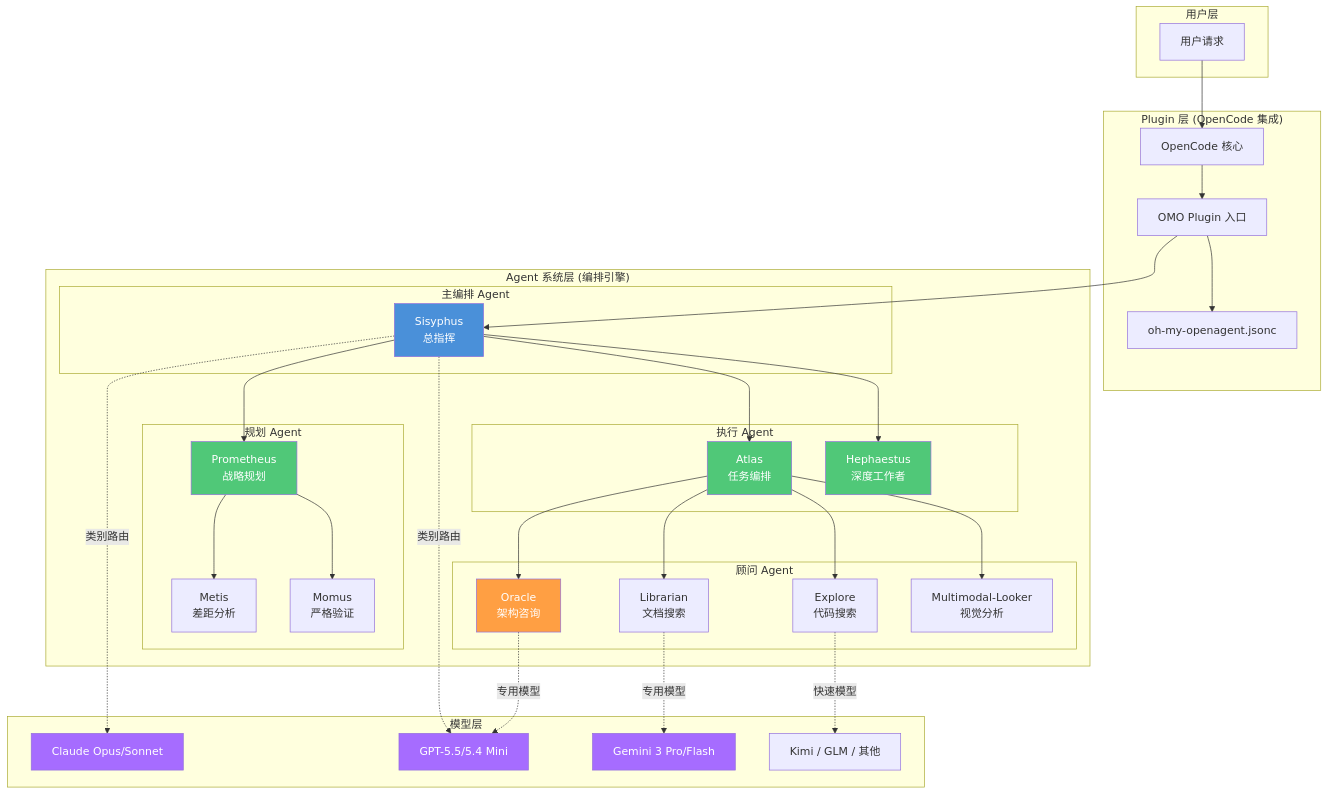
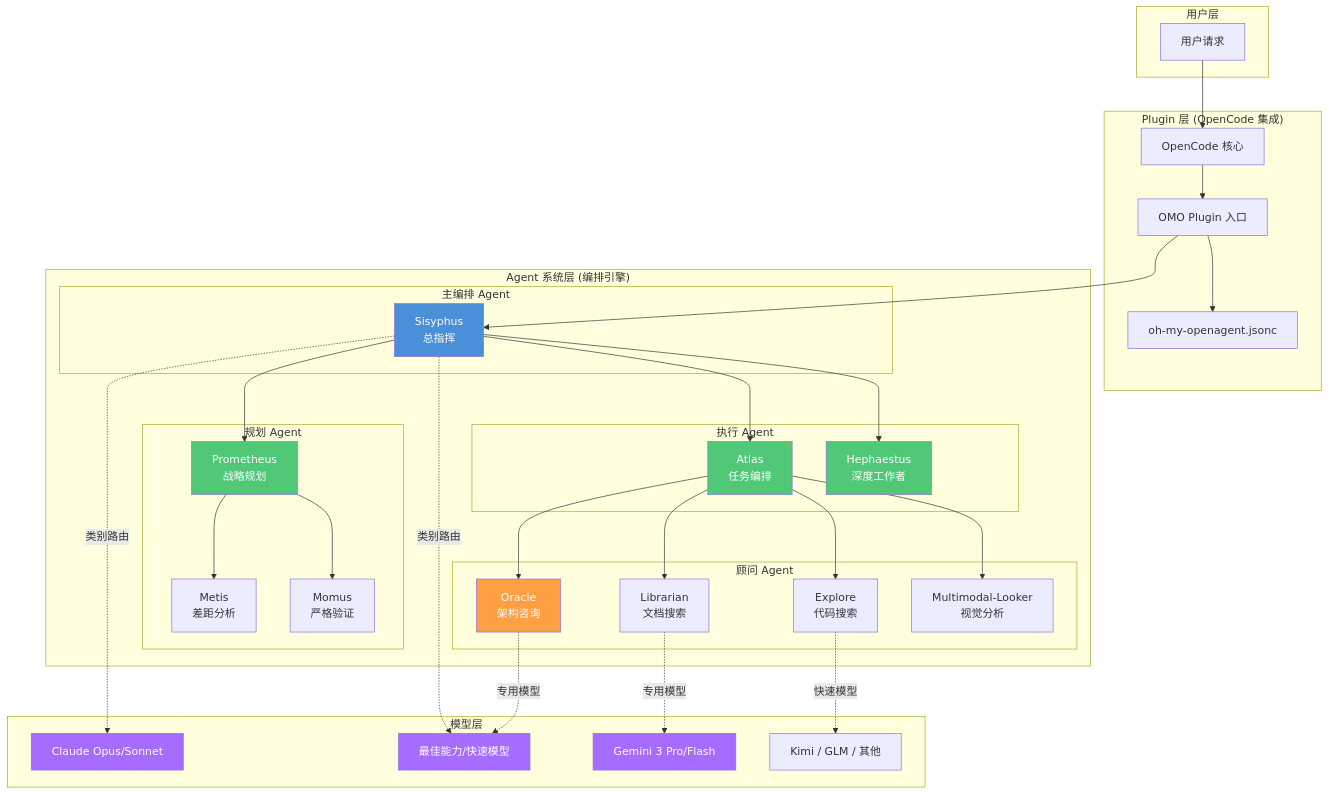
The first of 2 diagrams in src/03-setup/oh-my-openagent-setup.md (tonydeng/harness-engineering-from-oc-to-ai-coding), drawn with Mermaid before and after one commit. The commit also changed other lines of this file and 39 other files, not shown here.

````diff
--- a/src/03-setup/oh-my-openagent-setup.md
+++ b/src/03-setup/oh-my-openagent-setup.md
@@ -158,75 +186,75 @@
 ```mermaid
 flowchart TB
     subgraph User["用户层"]
         U[用户请求]
     end
     
     subgraph Plugin["Plugin 层 (OpenCode 集成)"]
         OCP[OpenCode 核心]
         OMO_P[OMO Plugin 入口]
         CFG[oh-my-openagent.jsonc]
     end
     
     subgraph AgentSystem["Agent 系统层 (编排引擎)"]
         subgraph Orchestrator["主编排 Agent"]
             SIS[Sisyphus<br/>总指挥]
         end
         
         subgraph Planners["规划 Agent"]
             PRO[Prometheus<br/>战略规划]
             MET[Metis<br/>差距分析]
             MOM[Momus<br/>严格验证]
         end
         
         subgraph Executors["执行 Agent"]
             ATL[Atlas<br/>任务编排]
             HEP[Hephaestus<br/>深度工作者]
         end
         
         subgraph Consultants["顾问 Agent"]
             ORA[Oracle<br/>架构咨询]
             LIB[Librarian<br/>文档搜索]
             EXP[Explore<br/>代码搜索]
             MLT[Multimodal-Looker<br/>视觉分析]
         end
     end
     
     subgraph Models["模型层"]
         CLA[Claude Opus/Sonnet]
-        GPT[GPT-5.5/5.4 Mini]
+        GPT[最佳能力/快速模型]
         GEM[Gemini 3 Pro/Flash]
         OTH[Kimi / GLM / 其他]
     end
     
     U --> OCP
     OCP --> OMO_P
     OMO_P --> CFG
     OMO_P --> SIS
     
     SIS --> PRO
     SIS --> ATL
     SIS --> HEP
     
     PRO --> MET
     PRO --> MOM
     
     ATL --> ORA
     ATL --> LIB
     ATL --> EXP
     ATL --> MLT
     
     SIS -.->|类别路由| CLA
     SIS -.->|类别路由| GPT
     ORA -.->|专用模型| GPT
     LIB -.->|专用模型| GEM
     EXP -.->|快速模型| OTH
     
     style SIS fill:#4A90D9,color:#fff
     style PRO fill:#50C878,color:#fff
     style ATL fill:#50C878,color:#fff
     style HEP fill:#50C878,color:#fff
     style ORA fill:#FF9F43,color:#fff
     style CLA fill:#A66CFF,color:#fff
     style GPT fill:#A66CFF,color:#fff
     style GEM fill:#A66CFF,color:#fff
 ```
````
